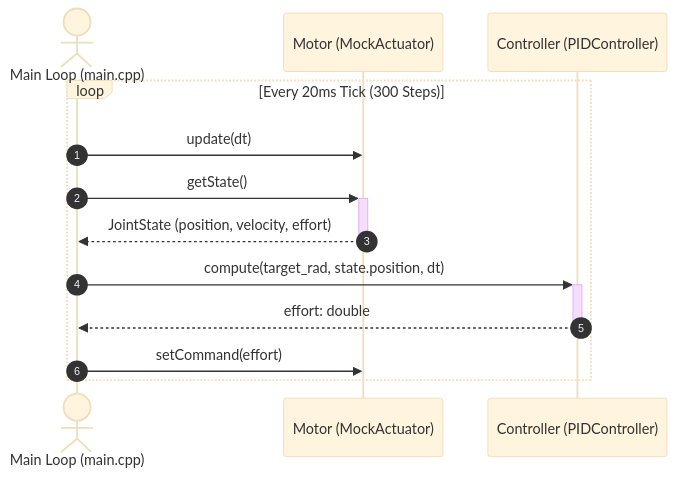
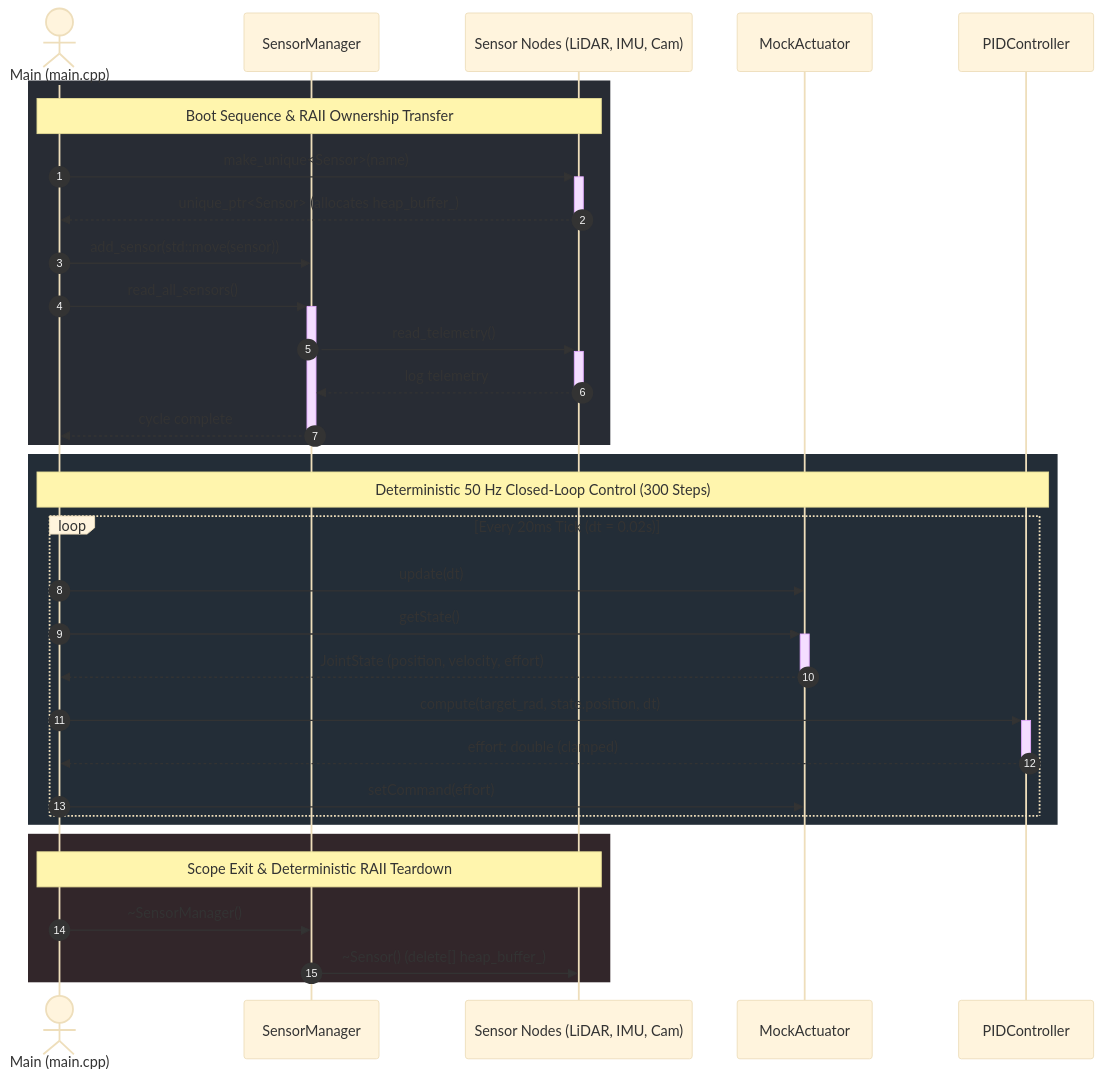
One commit to r3tro10/cps-engine changed the second of 2 diagrams in README.md. Above: the diagram before and after it, drawn with Mermaid (base theme). The commit also changed other lines of this file, not shown here.

Commit message:
feat(architecture): enhance README with JointState, ControlCommand, ArmGeometry, and KinematicsSolver structures

````diff
--- a/README.md
+++ b/README.md
@@ -113,19 +142,39 @@
 ```mermaid
 sequenceDiagram
     autonumber
-    actor main as Main Loop (main.cpp)
-    participant motor as Motor (MockActuator)
-    participant pid as Controller (PIDController)
+    actor main as Main (main.cpp)
+    participant sm as SensorManager
+    participant sensor as Sensor Nodes (LiDAR, IMU, Cam)
+    participant motor as MockActuator
+    participant pid as PIDController
 
-    loop Every 20ms Tick (300 Steps)
-        main->>motor: update(dt)
+    rect rgb(40, 44, 52)
+        Note over main, sensor: Boot Sequence & RAII Ownership Transfer
+        main->>+sensor: make_unique<Sensor>(name)
+        sensor-->>-main: unique_ptr<Sensor> (allocates heap_buffer_)
+        main->>sm: add_sensor(std::move(sensor))
+        main->>+sm: read_all_sensors()
+        sm->>+sensor: read_telemetry()
+        sensor-->>-sm: log telemetry
+        sm-->>-main: cycle complete
+    end
 
-        main->>+motor: getState()
-        motor-->>-main: JointState (position, velocity, effort)
+    rect rgb(35, 45, 55)
+        Note over main, pid: Deterministic 50 Hz Closed-Loop Control (300 Steps)
+        loop Every 20ms Tick (dt = 0.02s)
+            main->>motor: update(dt)
+            main->>+motor: getState()
+            motor-->>-main: JointState (position, velocity, effort)
+            main->>+pid: compute(target_rad, state.position, dt)
+            pid-->>-main: effort: double (clamped)
+            main->>motor: setCommand(effort)
+        end
+    end
 
-        main->>+pid: compute(target_rad, state.position, dt)
-        pid-->>-main: effort: double
+    rect rgb(50, 38, 42)
+        Note over main, sensor: Scope Exit & Deterministic RAII Teardown
+        main->>sm: ~SensorManager()
+        sm->>sensor: ~Sensor() (delete[] heap_buffer_)
+    end
 
-        main->>motor: setCommand(effort)
-    end
 ```
````
